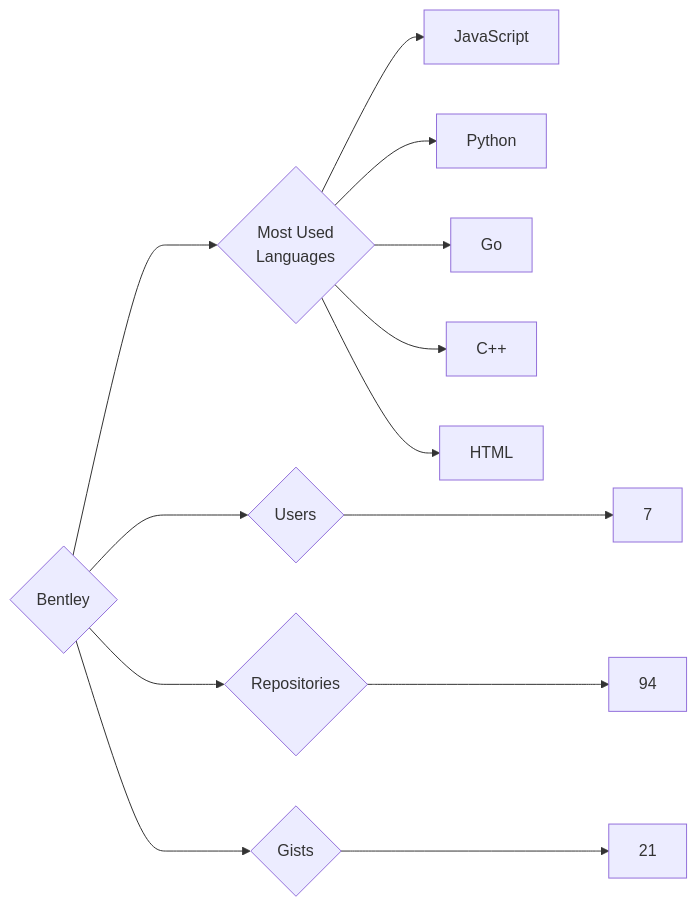
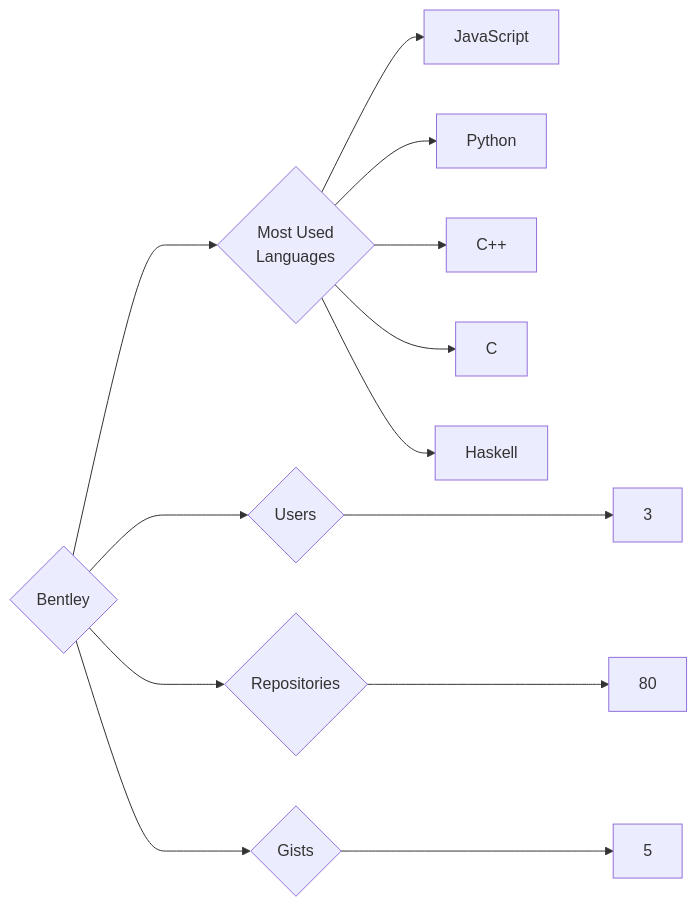
One commit to trickest/insiders changed the diagram in targets/Bentley/README.md. Above: the diagram before and after it, drawn with Mermaid. The commit also changed 611 other files, not shown here.

````diff
--- a/targets/Bentley/README.md
+++ b/targets/Bentley/README.md
@@ -3,13 +3,13 @@
 ```mermaid
 graph LR
 COMPANY_NAME{Bentley}
-COMPANY_NAME ---> U{Users} ---> UN[7]
-COMPANY_NAME ---> R{Repositories} ---> RN[94]
-COMPANY_NAME ---> G{Gists} ---> GN[21]
+COMPANY_NAME ---> U{Users} ---> UN[3]
+COMPANY_NAME ---> R{Repositories} ---> RN[80]
+COMPANY_NAME ---> G{Gists} ---> GN[5]
 COMPANY_NAME ---> ML{Most Used<br>Languages}
 ML --> JavaScript[JavaScript]
 ML --> Python[Python]
-ML --> Go[Go]
 ML --> C++[C++]
-ML --> HTML[HTML]
+ML --> C[C]
+ML --> Haskell[Haskell]
 ```
````
